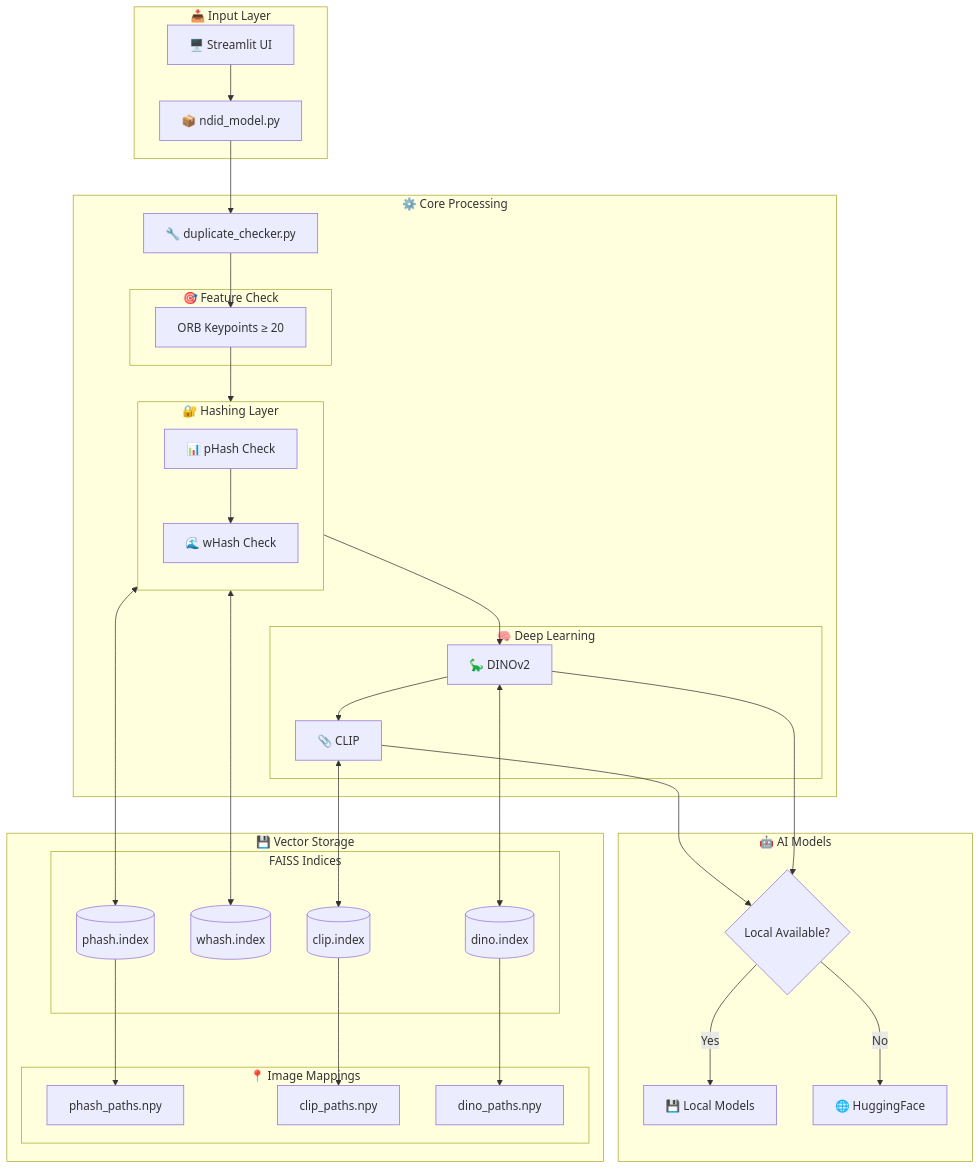
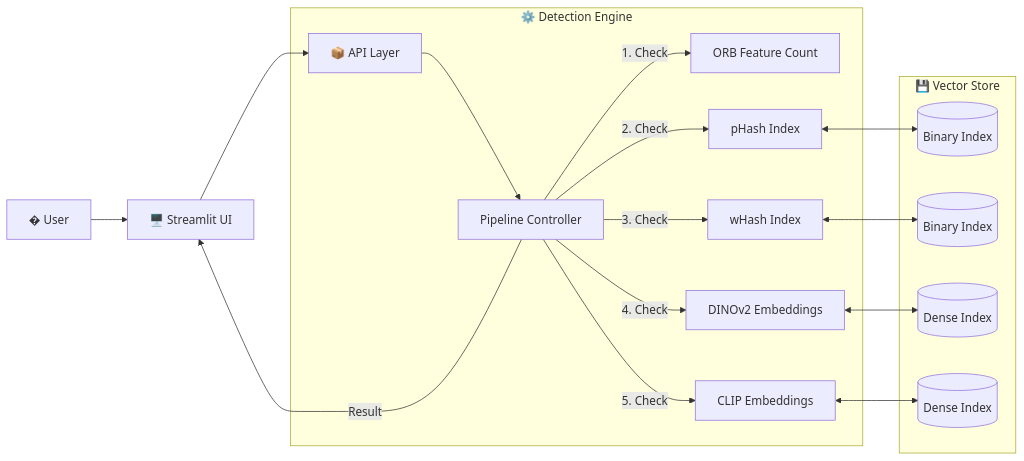
One commit to gaurav337/DejaView changed the second of 2 diagrams in README.md. Above: the diagram before and after it, drawn with Mermaid. The commit also changed other lines of this file and 411 other files, not shown here.

````diff
--- a/README.md
+++ b/README.md
@@ -111,75 +110,24 @@
 ```mermaid
-flowchart TB
-    subgraph Input["📥 Input Layer"]
-        UI[🖥️ Streamlit UI]
-        API[📦 ndid_model.py]
+flowchart LR
+    User[� User] --> UI[🖥️ Streamlit UI]
+    UI --> API[📦 API Layer]
+    
+    subgraph Engine [⚙️ Detection Engine]
+        API --> PL[Pipeline Controller]
+        
+        PL -->|1. Check| ORB[ORB Feature Count]
+        PL -->|2. Check| PH[pHash Index]
+        PL -->|3. Check| WH[wHash Index]
+        PL -->|4. Check| DINO[DINOv2 Embeddings]
+        PL -->|5. Check| CLIP[CLIP Embeddings]
+    end
+    
+    subgraph Data [💾 Vector Store]
+        PH <--> IDX1[(Binary Index)]
+        WH <--> IDX2[(Binary Index)]
+        DINO <--> IDX3[(Dense Index)]
+        CLIP <--> IDX4[(Dense Index)]
     end
 
-    subgraph Core["⚙️ Core Processing"]
-        DC[🔧 duplicate_checker.py]
-        
-        subgraph FeatureCheck["🎯 Feature Check"]
-            ORB[ORB Keypoints ≥ 20]
-        end
-        
-        subgraph Hashing["🔐 Hashing Layer"]
-            direction TB
-            PH[📊 pHash Check]
-            WH[🌊 wHash Check]
-        end
-        
-        subgraph Deep["🧠 Deep Learning"]
-            DINO[🦕 DINOv2]
-            CLIP[📎 CLIP]
-        end
-    end
-
-    subgraph Storage["💾 Vector Storage"]
-        subgraph FAISS["FAISS Indices"]
-            PI[(phash.index)]
-            WI[(whash.index)]
-            CI[(clip.index)]
-            DI[(dino.index)]
-        end
-        
-        subgraph Paths["📍 Image Mappings"]
-            HP[phash_paths.npy]
-            CP[clip_paths.npy]
-            DP[dino_paths.npy]
-        end
-    end
-
-    subgraph Models["🤖 AI Models"]
-        ModelCheck{Local Available?}
-        Local[💾 Local Models]
-        Online[🌐 HuggingFace]
-    end
-
-    %% Flow Connections
-    UI --> API
-    API --> DC
-    
-    %% Processing Flow
-    DC --> ORB
-    ORB --> PH
-    PH --> WH
-    WH --> DINO
-    DINO --> CLIP
-    
-    %% Storage Lookups
-    PH <--> PI
-    WH <--> WI
-    DINO <--> DI
-    CLIP <--> CI
-    
-    %% Path Retrievals
-    PI --> HP
-    CI --> CP
-    DI --> DP
-    
-    %% Model Loading
-    CLIP --> ModelCheck
-    DINO --> ModelCheck
-    ModelCheck -->|Yes| Local
-    ModelCheck -->|No| Online
+    PL -->|Result| UI
 ```
````
